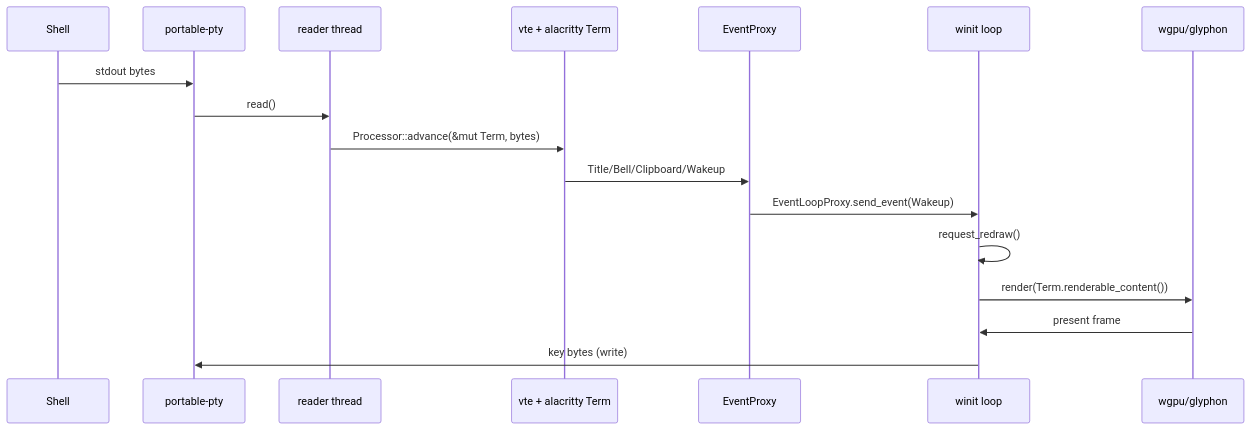
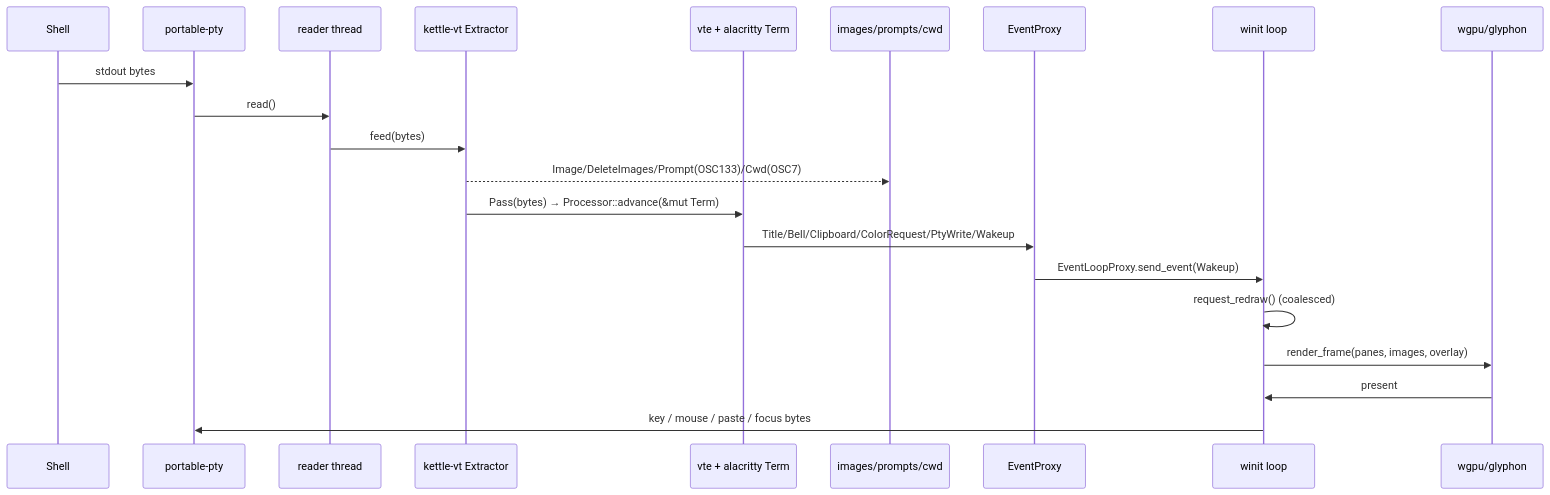
One commit to Reddimus/kettle changed the second of 2 diagrams in docs/ARCHITECTURE.md. Above: the diagram before and after it, drawn with Mermaid. The commit also changed other lines of this file and 2 other files, not shown here.

First line of the commit message:
docs: refresh ARCHITECTURE for the extractor/side-channels + add CHANGELOG

````diff
--- a/docs/ARCHITECTURE.md
+++ b/docs/ARCHITECTURE.md
@@ -23,20 +26,24 @@
 ```mermaid
 sequenceDiagram
     participant Shell
     participant PTY as portable-pty
     participant Reader as reader thread
+    participant Ext as kettle-vt Extractor
     participant VT as vte + alacritty Term
+    participant Side as images/prompts/cwd
     participant Proxy as EventProxy
     participant UI as winit loop
     participant GPU as wgpu/glyphon
 
     Shell->>PTY: stdout bytes
     PTY->>Reader: read()
-    Reader->>VT: Processor::advance(&mut Term, bytes)
-    VT->>Proxy: Title/Bell/Clipboard/Wakeup
+    Reader->>Ext: feed(bytes)
+    Ext-->>Side: Image/DeleteImages/Prompt(OSC133)/Cwd(OSC7)
+    Ext->>VT: Pass(bytes) → Processor::advance(&mut Term)
+    VT->>Proxy: Title/Bell/Clipboard/ColorRequest/PtyWrite/Wakeup
     Proxy->>UI: EventLoopProxy.send_event(Wakeup)
-    UI->>UI: request_redraw()
-    UI->>GPU: render(Term.renderable_content())
-    GPU->>UI: present frame
-    UI->>PTY: key bytes (write)
+    UI->>UI: request_redraw() (coalesced)
+    UI->>GPU: render_frame(panes, images, overlay)
+    GPU->>UI: present
+    UI->>PTY: key / mouse / paste / focus bytes
 ```
````
